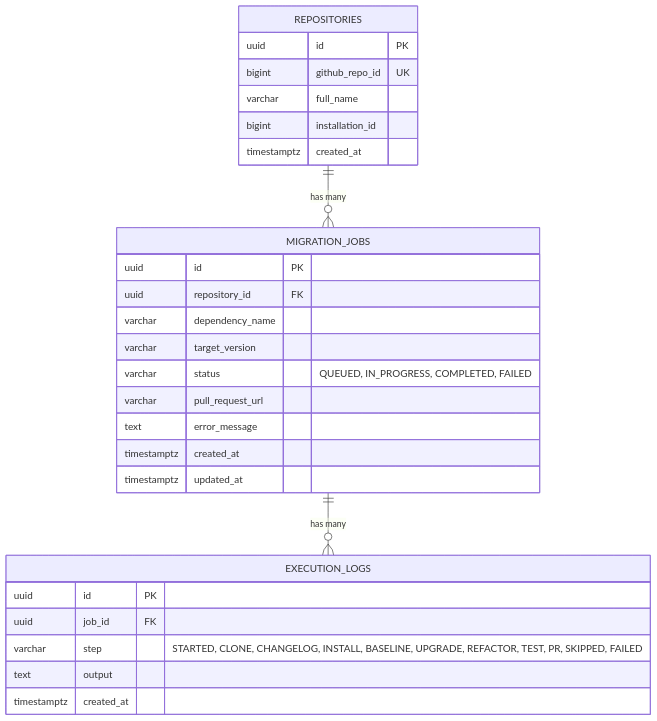
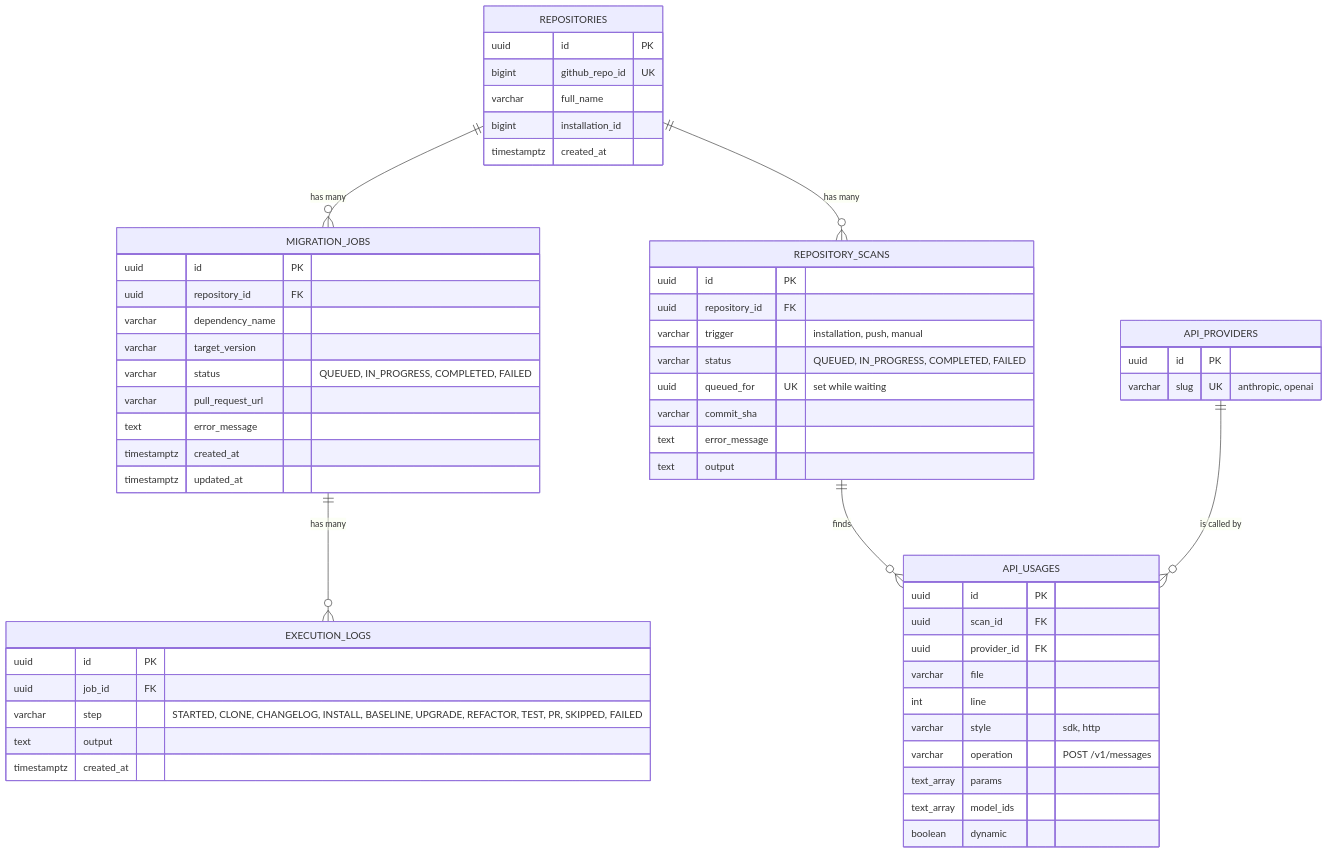
Before and after one commit to kiet08hogit/SyncLab: the sixth of 6 diagrams in README.md, drawn with Mermaid. The commit also changed other lines of this file and 30 other files, not shown here.

First line of the commit message:
store scanned API usage in a registry and scan on install and push (Phase 5, part 2)

````diff
--- a/README.md
+++ b/README.md
@@ -338,33 +338,65 @@
 ```mermaid
 erDiagram
     REPOSITORIES ||--o{ MIGRATION_JOBS : "has many"
     MIGRATION_JOBS ||--o{ EXECUTION_LOGS : "has many"
+    REPOSITORIES ||--o{ REPOSITORY_SCANS : "has many"
+    REPOSITORY_SCANS ||--o{ API_USAGES : "finds"
+    API_PROVIDERS ||--o{ API_USAGES : "is called by"
 
     REPOSITORIES {
         uuid id PK
         bigint github_repo_id UK
         varchar full_name
         bigint installation_id
         timestamptz created_at
     }
 
     MIGRATION_JOBS {
         uuid id PK
         uuid repository_id FK
         varchar dependency_name
         varchar target_version
         varchar status "QUEUED, IN_PROGRESS, COMPLETED, FAILED"
         varchar pull_request_url
         text error_message
         timestamptz created_at
         timestamptz updated_at
     }
 
     EXECUTION_LOGS {
         uuid id PK
         uuid job_id FK
         varchar step "STARTED, CLONE, CHANGELOG, INSTALL, BASELINE, UPGRADE, REFACTOR, TEST, PR, SKIPPED, FAILED"
         text output
         timestamptz created_at
     }
+
+    API_PROVIDERS {
+        uuid id PK
+        varchar slug UK "anthropic, openai"
+    }
+
+    REPOSITORY_SCANS {
+        uuid id PK
+        uuid repository_id FK
+        varchar trigger "installation, push, manual"
+        varchar status "QUEUED, IN_PROGRESS, COMPLETED, FAILED"
+        uuid queued_for UK "set while waiting"
+        varchar commit_sha
+        text error_message
+        text output
+    }
+
+    API_USAGES {
+        uuid id PK
+        uuid scan_id FK
+        uuid provider_id FK
+        varchar file
+        int line
+        varchar style "sdk, http"
+        varchar operation "POST /v1/messages"
+        text_array params
+        text_array model_ids
+        boolean dynamic
+    }
 ```
````
